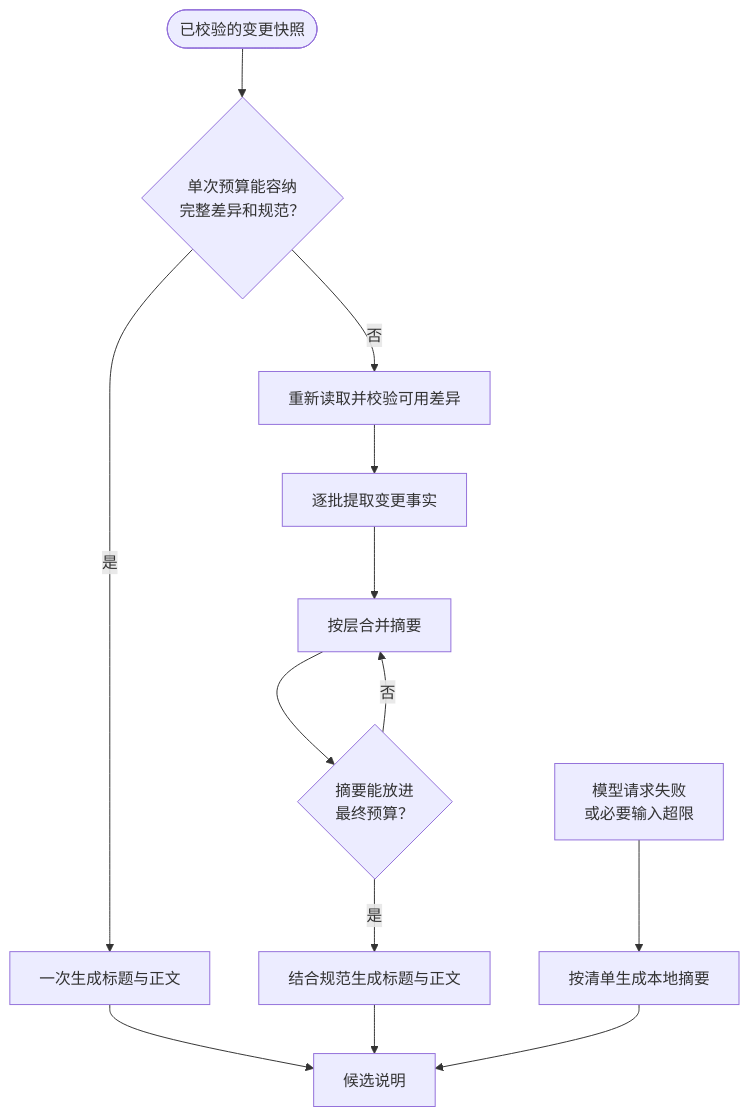
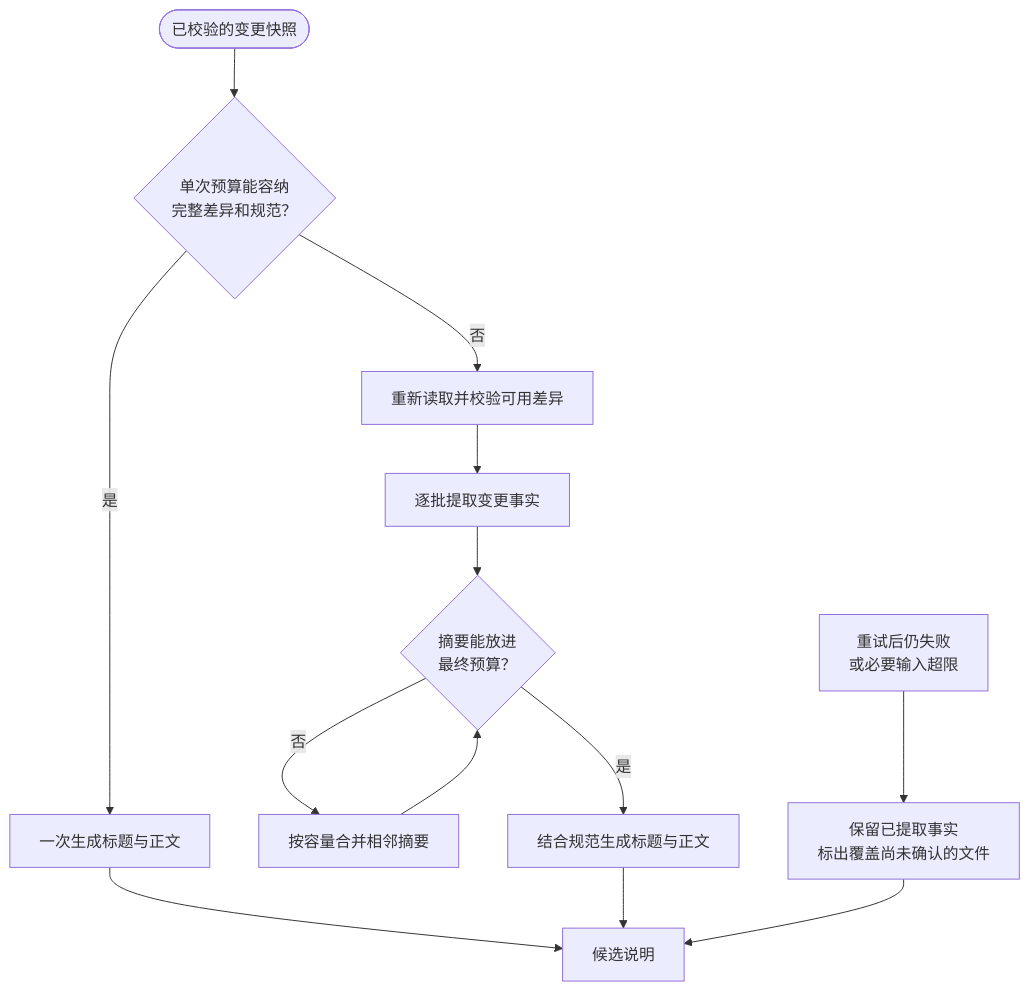
One commit to Haiezan/AutoCommit changed the second of 2 diagrams in docs/runtime.md. Above: the diagram before and after it, drawn with Mermaid. The commit also changed other lines of this file and 26 other files, not shown here.

````diff
--- a/docs/runtime.md
+++ b/docs/runtime.md
@@ -68,18 +68,18 @@
 ```mermaid
 flowchart TD
     accTitle: AutoCommit 按预算选择生成路径
     accDescr: 完整差异能放入预算时只请求一次。超限时读取完整可用差异，逐批提取事实、合并并生成草稿。
     Begin(["已校验的变更快照"])
     Begin --> Fit{"单次预算能容纳<br/>完整差异和规范？"}
     Fit -->|是| Direct["一次生成标题与正文"]
     Fit -->|否| Capture["重新读取并校验可用差异"]
     Capture --> Extract["逐批提取变更事实"]
-    Extract --> Combine["按层合并摘要"]
-    Combine --> Budget{"摘要能放进<br/>最终预算？"}
-    Budget -->|否| Combine
+    Extract --> Budget{"摘要能放进<br/>最终预算？"}
+    Budget -->|否| Combine["按容量合并相邻摘要"]
+    Combine --> Budget
     Budget -->|是| Compose["结合规范生成标题与正文"]
     Direct --> Candidate["候选说明"]
     Compose --> Candidate
-    Error["模型请求失败<br/>或必要输入超限"] --> Local["按清单生成本地摘要"]
+    Error["重试后仍失败<br/>或必要输入超限"] --> Local["保留已提取事实<br/>标出覆盖尚未确认的文件"]
     Local --> Candidate
 ```
````
